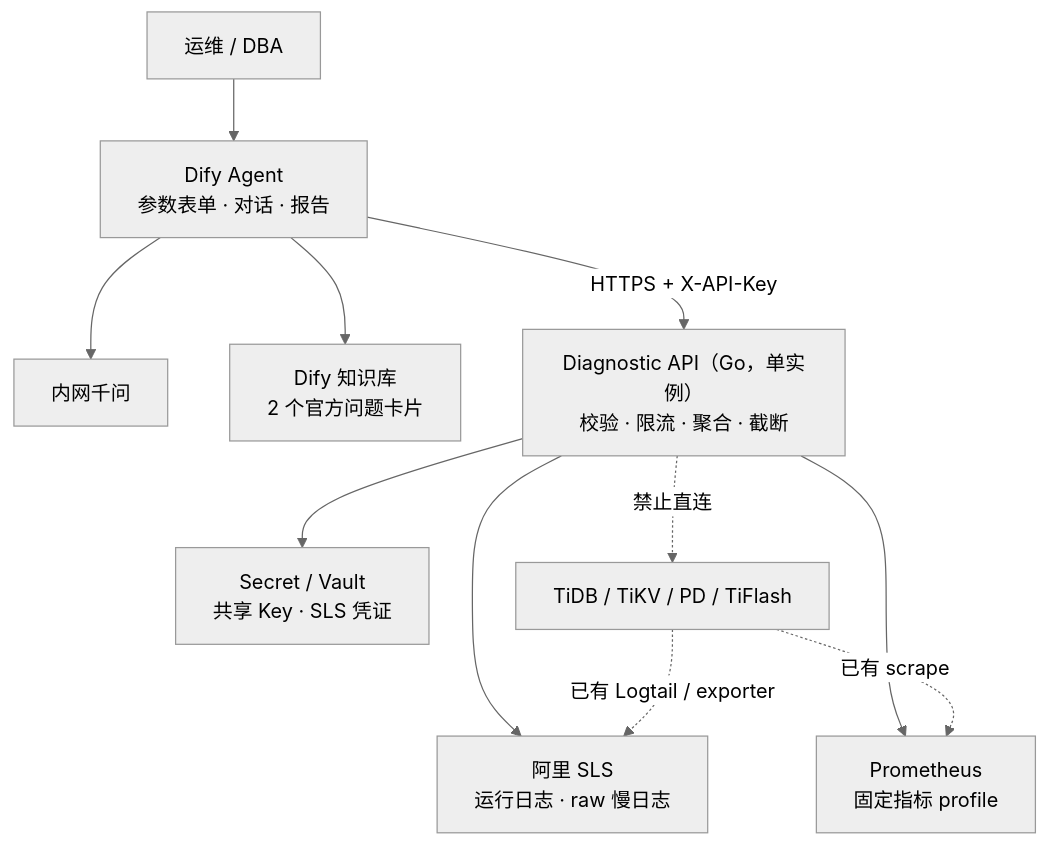
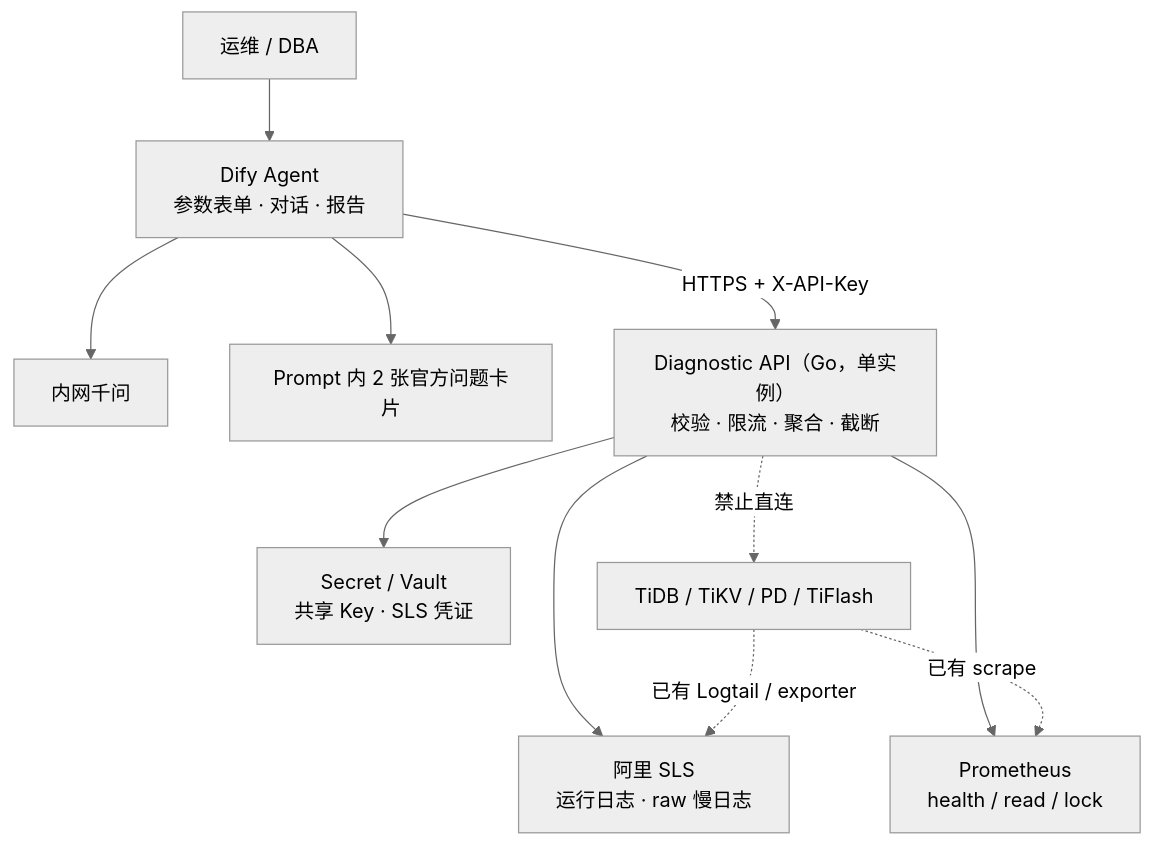
One commit to yangzhengjie/tidb-diag changed the first of 2 diagrams in docs/tidb-diag-agent-technical-design.md. Above: the diagram before and after it, drawn with Mermaid (neutral theme). The commit also changed other lines of this file and 2 other files, not shown here.

````diff
--- a/docs/tidb-diag-agent-technical-design.md
+++ b/docs/tidb-diag-agent-technical-design.md
@@ -14,13 +16,13 @@
 ```mermaid
 flowchart TB
     User["运维 / DBA"] --> Dify["Dify Agent\n参数表单 · 对话 · 报告"]
     Dify --> Qwen["内网千问"]
-    Dify --> KB["Dify 知识库\n2 个官方问题卡片"]
+    Dify --> Cards["Prompt 内 2 张官方问题卡片"]
     Dify -->|"HTTPS + X-API-Key"| API["Diagnostic API（Go，单实例）\n校验 · 限流 · 聚合 · 截断"]
     API --> SLS["阿里 SLS\n运行日志 · raw 慢日志"]
-    API --> Prom["Prometheus\n固定指标 profile"]
+    API --> Prom["Prometheus\nhealth / read / lock"]
     API --> Secret["Secret / Vault\n共享 Key · SLS 凭证"]
     Prod["TiDB / TiKV / PD / TiFlash"] -.->|"已有 Logtail / exporter"| SLS
     Prod -.->|"已有 scrape"| Prom
     API -.->|"禁止直连"| Prod
 ```
````
